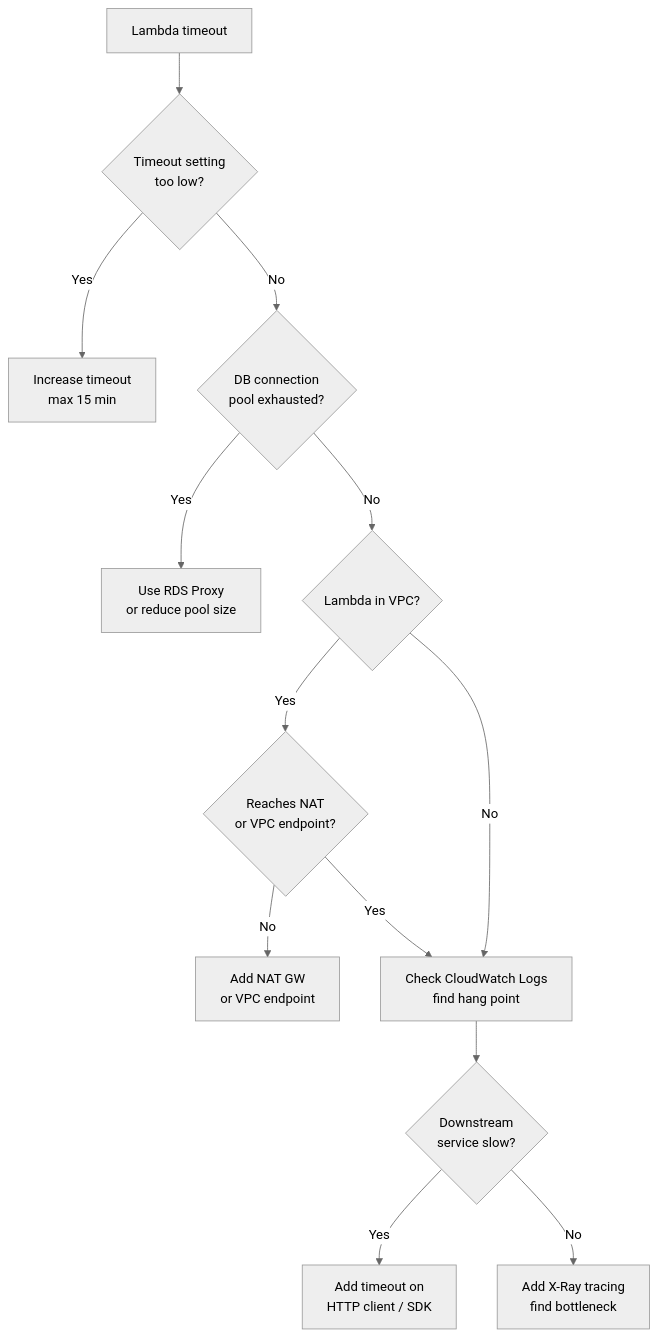
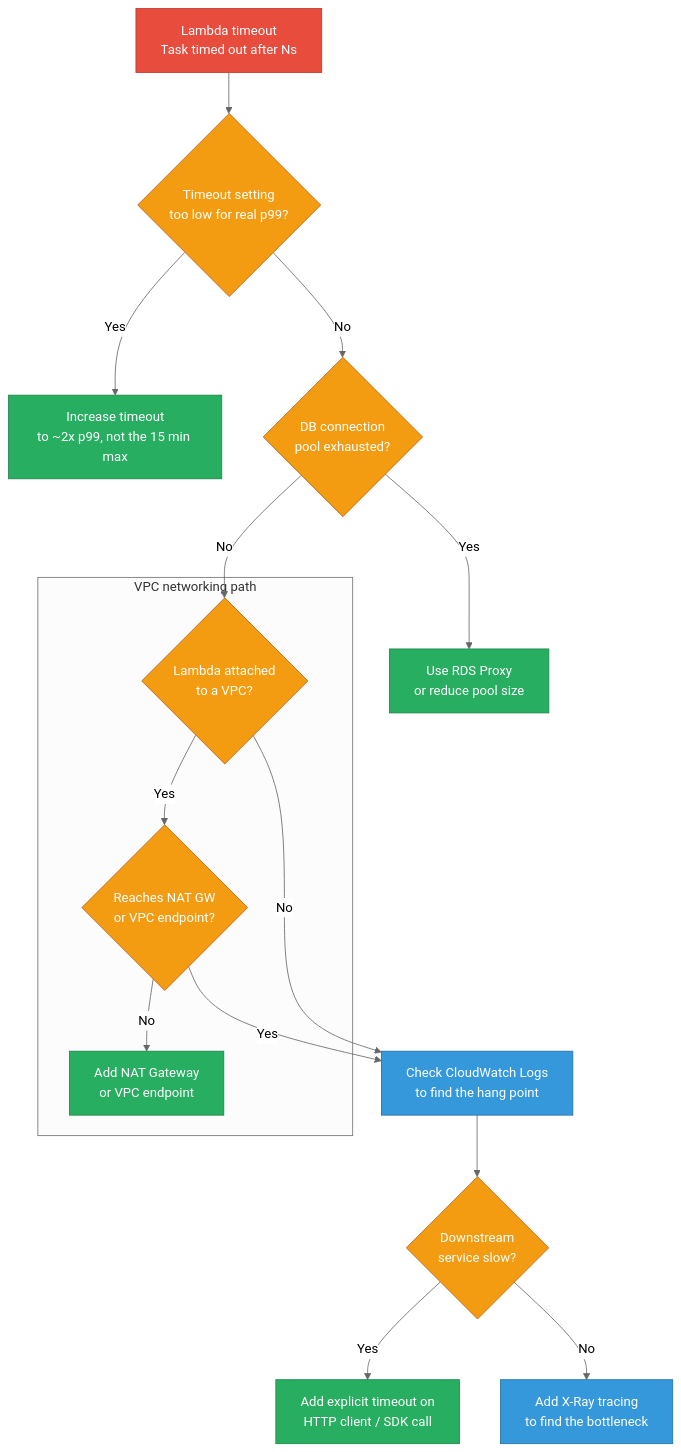
One commit to deepanshu-rawat6/DevOpsIndex changed the second of 10 diagrams in sre/aws-scenarios.md. Above: the diagram before and after it, drawn with Mermaid (neutral theme). The commit also changed other lines of this file and 10 other files, not shown here.

````diff
--- a/sre/aws-scenarios.md
+++ b/sre/aws-scenarios.md
@@ -58,15 +109,25 @@
 ```mermaid
 flowchart TD
-    A[Lambda timeout] --> B{Timeout setting<br/>too low?}
-    B -- Yes --> B1[Increase timeout<br/>max 15 min]
-    B -- No --> C{DB connection<br/>pool exhausted?}
-    C -- Yes --> C1[Use RDS Proxy<br/>or reduce pool size]
-    C -- No --> D{Lambda in VPC?}
-    D -- Yes --> E{Reaches NAT<br/>or VPC endpoint?}
-    E -- No --> E1[Add NAT GW<br/>or VPC endpoint]
-    E -- Yes --> F[Check CloudWatch Logs<br/>find hang point]
+    classDef err fill:#e74c3c,stroke:#c0392b,color:#fff
+    classDef decision fill:#f39c12,stroke:#ba6018,color:#fff
+    classDef fix fill:#27ae60,stroke:#1e8449,color:#fff
+    classDef verify fill:#3498db,stroke:#2471a3,color:#fff
+
+    A[Lambda timeout<br/>Task timed out after Ns]:::err --> B{Timeout setting<br/>too low for real p99?}:::decision
+    B -- Yes --> B1[Increase timeout<br/>to ~2x p99, not the 15 min max]:::fix
+    B -- No --> C{DB connection<br/>pool exhausted?}:::decision
+    C -- Yes --> C1[Use RDS Proxy<br/>or reduce pool size]:::fix
+    C -- No --> D
+
+    subgraph VPC["VPC networking path"]
+        D{Lambda attached<br/>to a VPC?}:::decision
+        D -- Yes --> E{Reaches NAT GW<br/>or VPC endpoint?}:::decision
+        E -- No --> E1[Add NAT Gateway<br/>or VPC endpoint]:::fix
+    end
+
+    E -- Yes --> F[Check CloudWatch Logs<br/>to find the hang point]:::verify
     D -- No --> F
-    F --> G{Downstream<br/>service slow?}
-    G -- Yes --> G1[Add timeout on<br/>HTTP client / SDK]
-    G -- No --> H[Add X-Ray tracing<br/>find bottleneck]
+    F --> G{Downstream<br/>service slow?}:::decision
+    G -- Yes --> G1[Add explicit timeout on<br/>HTTP client / SDK call]:::fix
+    G -- No --> H[Add X-Ray tracing<br/>to find the bottleneck]:::verify
 ```
````
